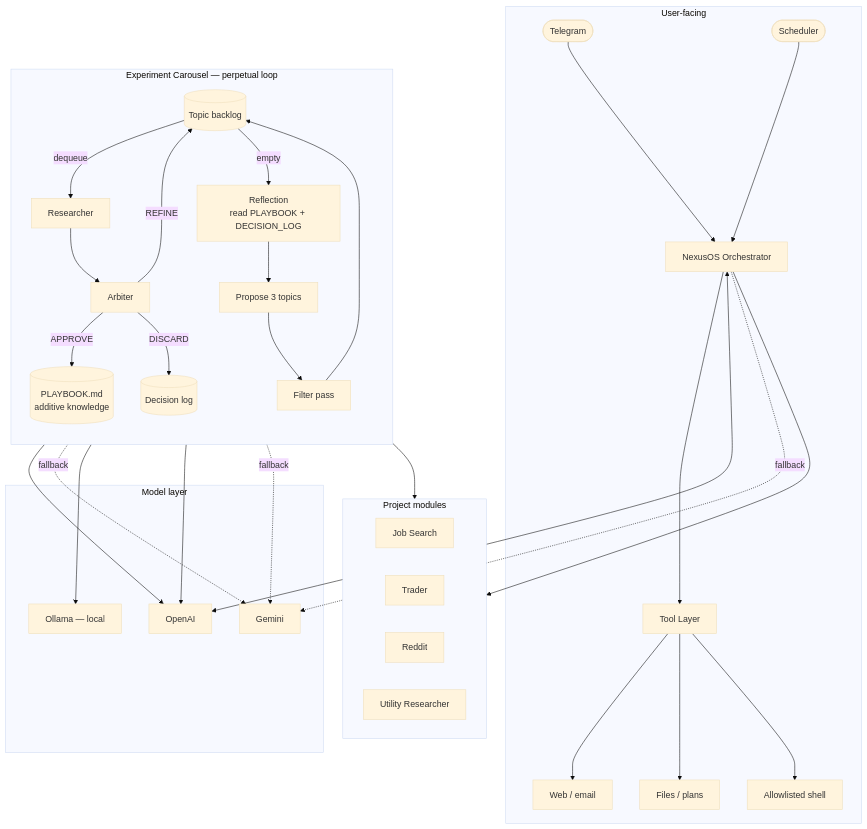
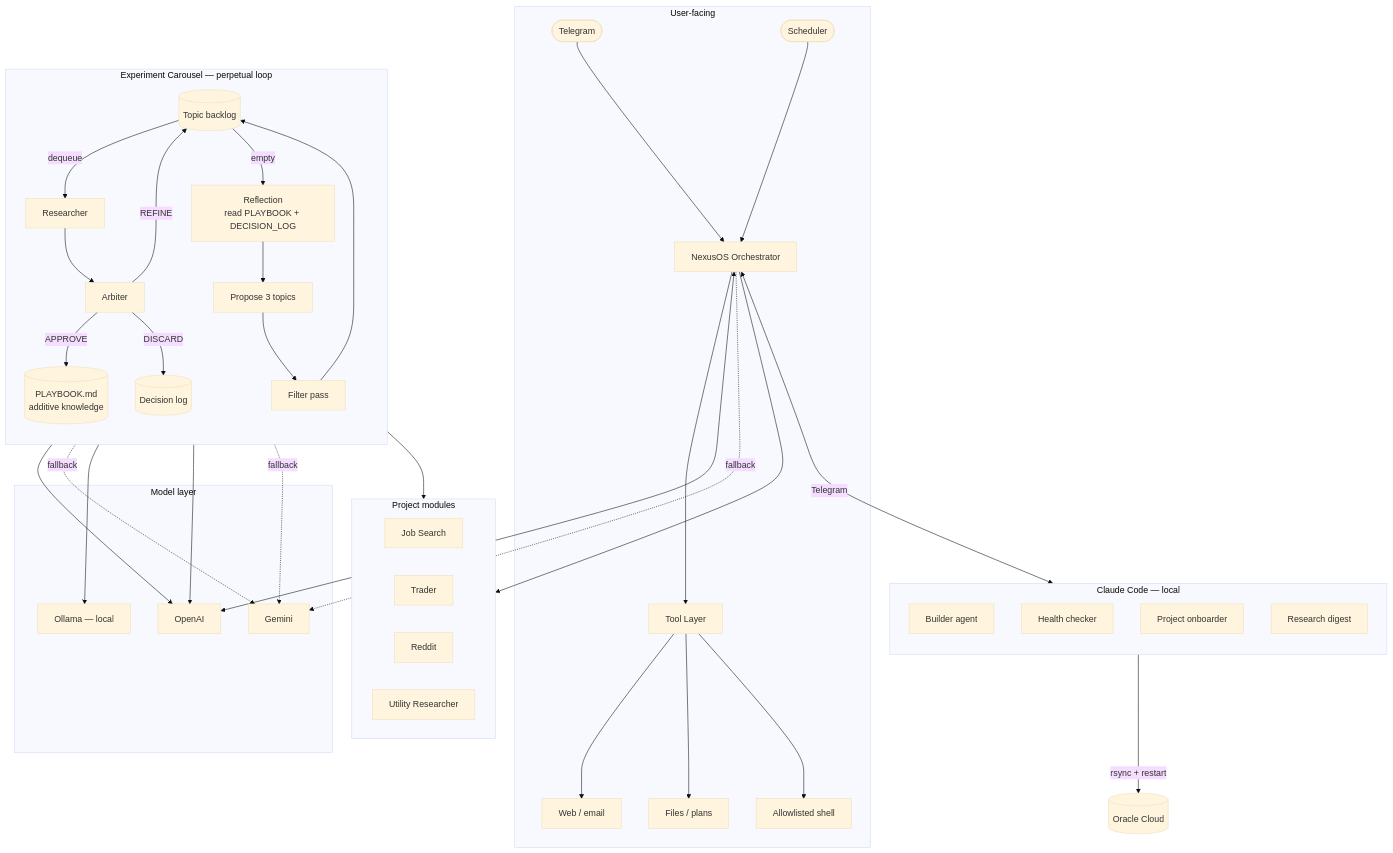
One commit to MagicJeff/Open_Claw_Setup_Oli_Lester changed the diagram in README.md. Above: the diagram before and after it, drawn with Mermaid (base theme).

Commit message:
docs: add Claude Code integration layer to architecture diagram

````diff
--- a/README.md
+++ b/README.md
@@ -56,48 +56,59 @@
 ```mermaid
 flowchart TD
     subgraph USER["User-facing"]
         U([Telegram]) --> N[NexusOS Orchestrator]
         SCH([Scheduler]) --> N
         N --> TOOLS[Tool Layer]
         TOOLS --> WEB[Web / email]
         TOOLS --> FILES[Files / plans]
         TOOLS --> SHELL[Allowlisted shell]
     end
 
     subgraph MODELS["Model layer"]
         OAI[OpenAI]
         GEM[Gemini]
         OLL[Ollama — local]
     end
 
     subgraph CAROUSEL["Experiment Carousel — perpetual loop"]
         direction TB
         BL[(Topic backlog)] -->|dequeue| RES[Researcher]
         RES --> ARB[Arbiter]
         ARB -->|APPROVE| PB[(PLAYBOOK.md\nadditive knowledge)]
         ARB -->|REFINE| BL
         ARB -->|DISCARD| DL[(Decision log)]
         BL -->|empty| REF[Reflection\nread PLAYBOOK + DECISION_LOG]
         REF --> GEN[Propose 3 topics]
         GEN --> FILT[Filter pass]
         FILT --> BL
     end
 
+    subgraph CC["Claude Code — local"]
+        direction TB
+        CCB[Builder agent]
+        CCH[Health checker]
+        CCP[Project onboarder]
+        CCD[Research digest]
+    end
+
     N <--> OAI
     N -.fallback.-> GEM
     RES --> OAI
     RES -.fallback.-> GEM
     RES --> OLL
     ARB --> OAI
     ARB -.fallback.-> GEM
 
     subgraph PROJECTS["Project modules"]
         JS[Job Search]
         TR[Trader]
         RD[Reddit]
         UR[Utility Researcher]
     end
 
     N --> PROJECTS
     CAROUSEL --> PROJECTS
+
+    N <-->|Telegram| CC
+    CCB -->|rsync + restart| SERVER[(Oracle Cloud)]
 ```
````
